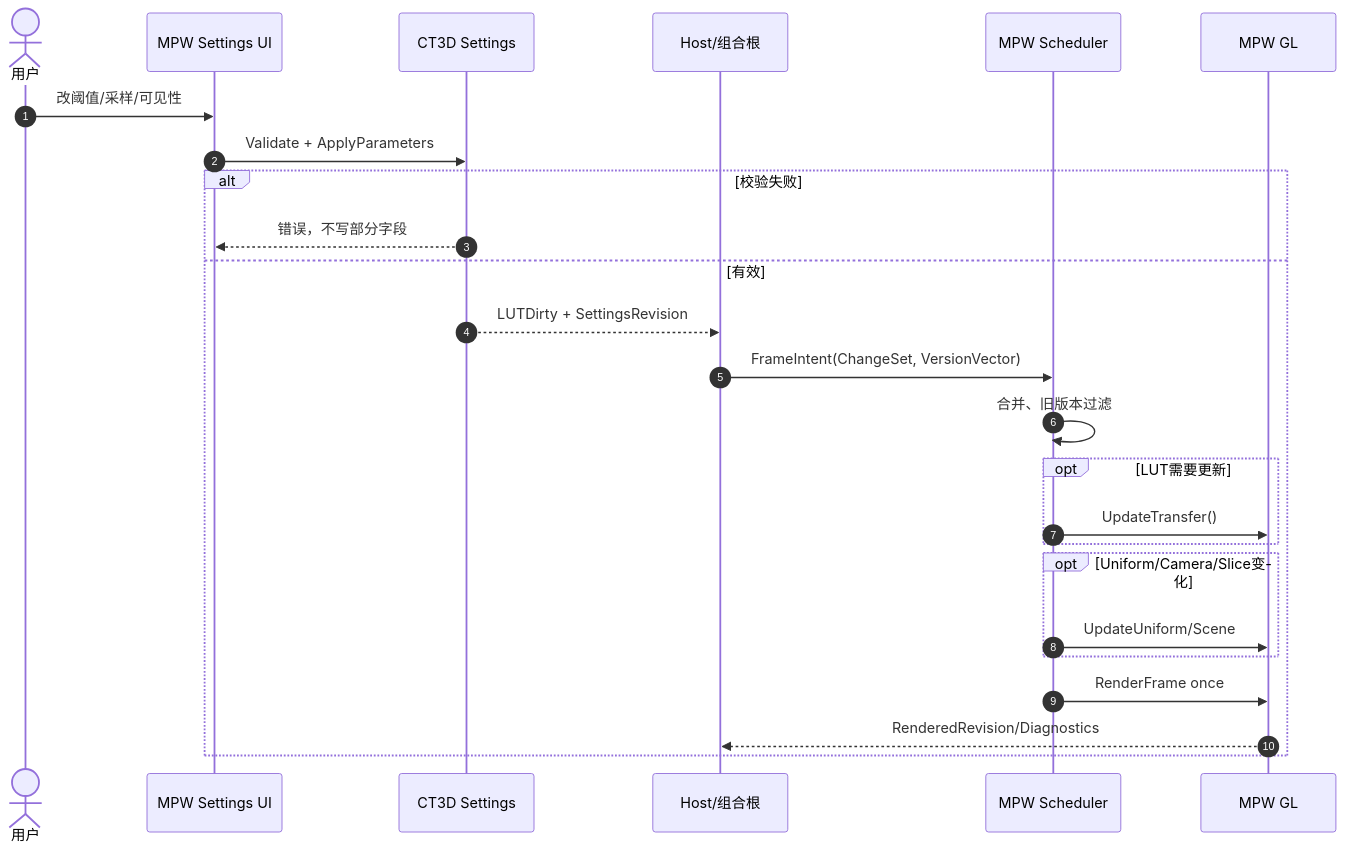
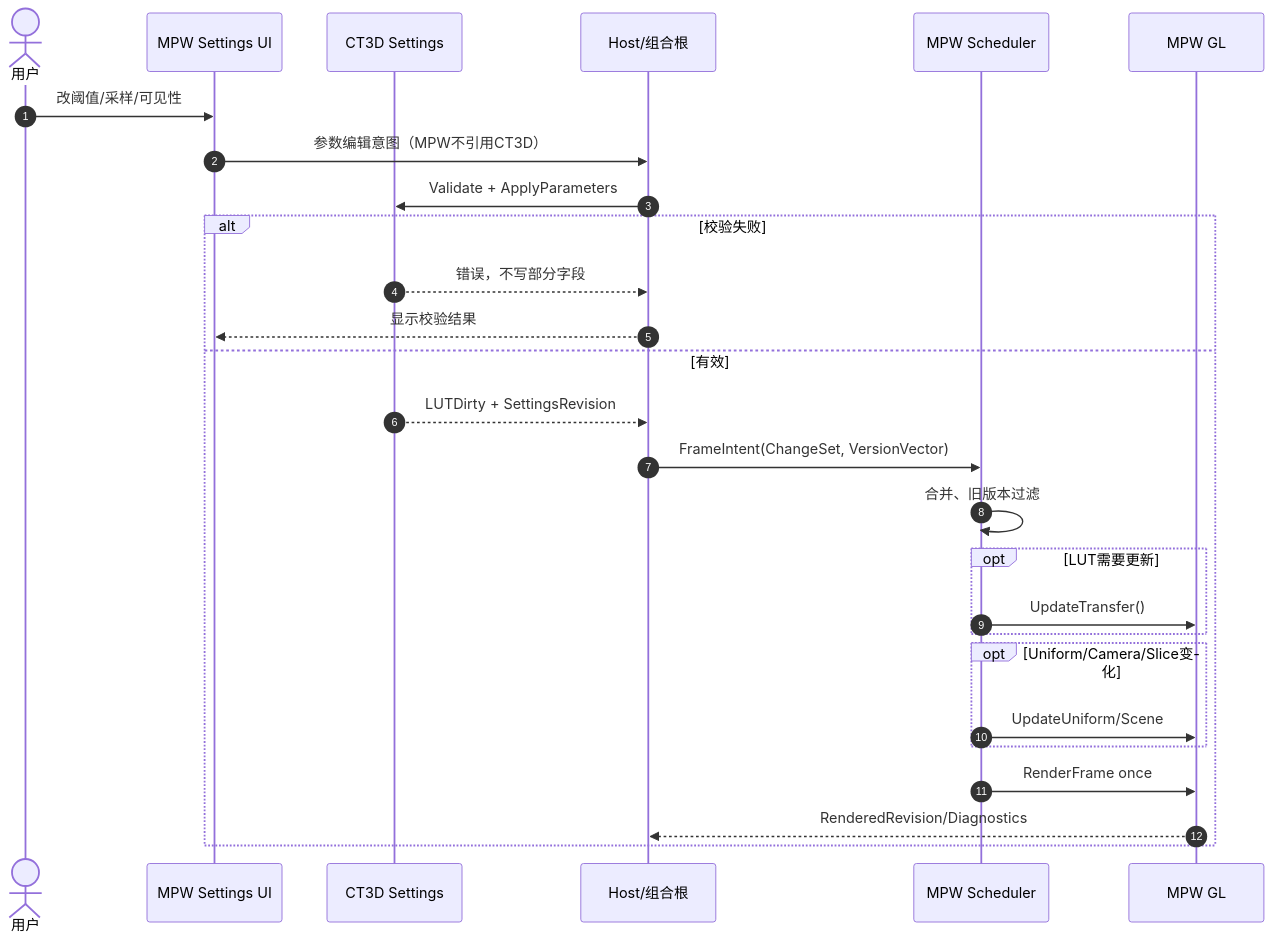
Before and after one commit to oudream/cx-visual-x3: diagram 16 of 25 in DOCS/Architecture/CxVisual_专业视觉体系#通用三维视觉工作台——整体架构与UML_V2.0.md, drawn with Mermaid. The commit also changed other lines of this file and 1 other file, not shown here.

````diff
--- a/DOCS/Architecture/CxVisual_专业视觉体系#通用三维视觉工作台——整体架构与UML_V2.0.md
+++ b/DOCS/Architecture/CxVisual_专业视觉体系#通用三维视觉工作台——整体架构与UML_V2.0.md
@@ -726,27 +767,29 @@
 ```mermaid
 sequenceDiagram
  autonumber
  actor U as 用户
  participant UI as MPW Settings UI
  participant S as CT3D Settings
  participant H as Host/组合根
  participant Q as MPW Scheduler
  participant GL as MPW GL
  U->>UI: 改阈值/采样/可见性
- UI->>S: Validate + ApplyParameters
+  UI->>H: 参数编辑意图（MPW不引用CT3D）
+  H->>S: Validate + ApplyParameters
  alt 校验失败
-   S-->>UI: 错误，不写部分字段
+    S-->>H: 错误，不写部分字段
+    H-->>UI: 显示校验结果
  else 有效
    S-->>H: LUTDirty + SettingsRevision
    H->>Q: FrameIntent(ChangeSet, VersionVector)
    Q->>Q: 合并、旧版本过滤
    opt LUT需要更新
      Q->>GL: UpdateTransfer()
    end
    opt Uniform/Camera/Slice变化
      Q->>GL: UpdateUniform/Scene
    end
    Q->>GL: RenderFrame once
    GL-->>H: RenderedRevision/Diagnostics
  end
 ```
````
